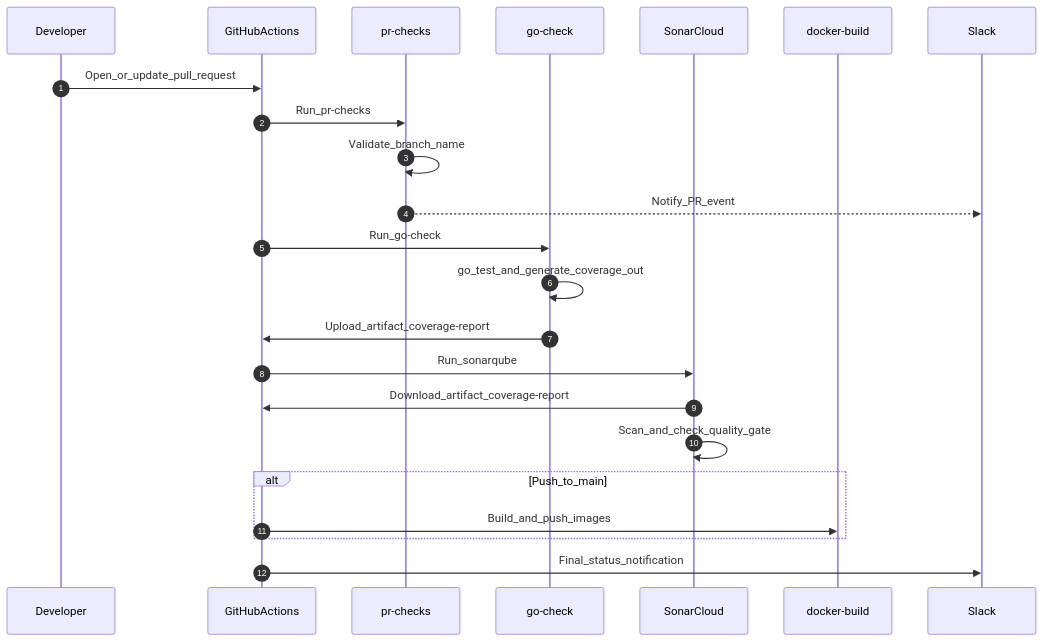
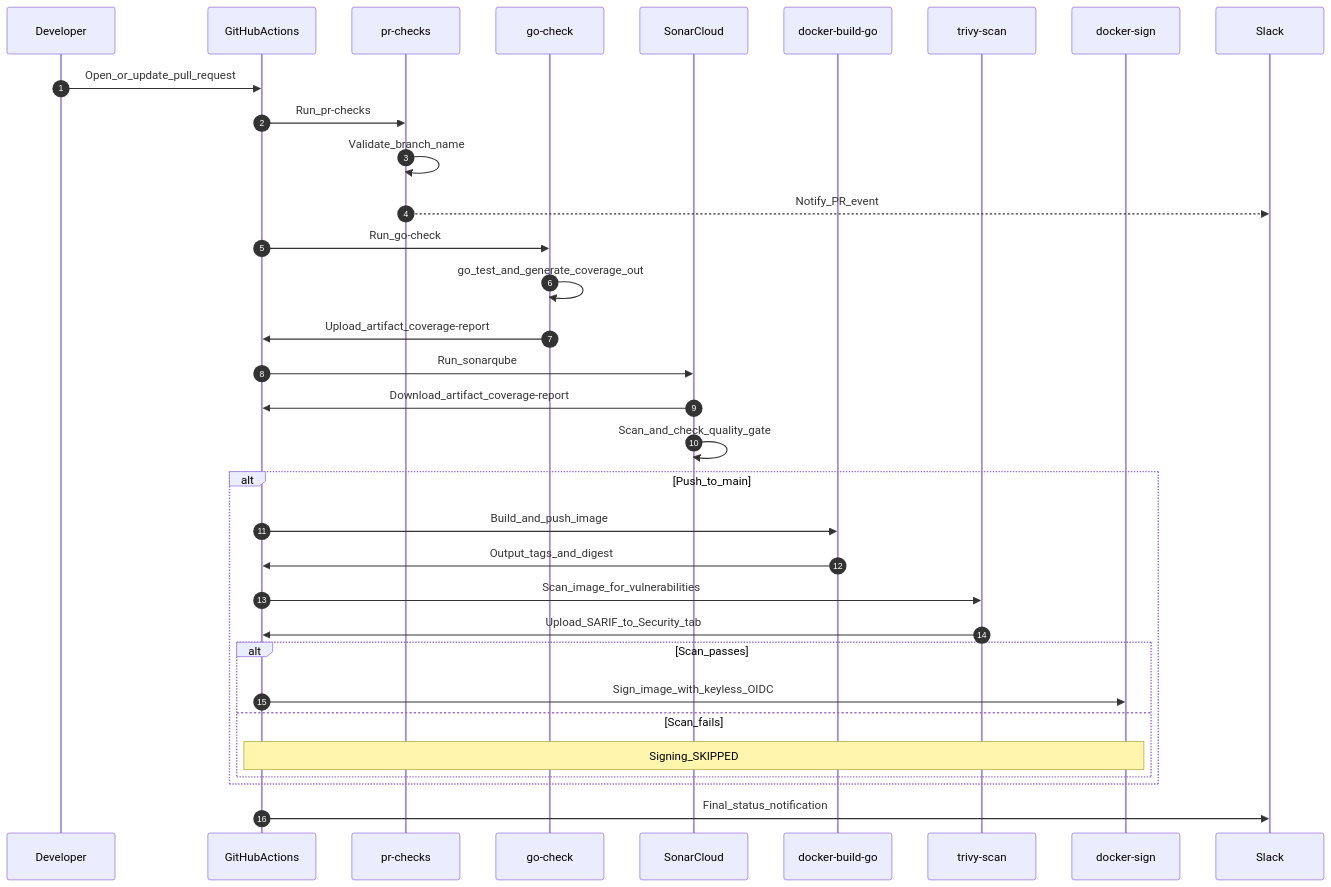
The fourth of 8 diagrams in docs/platform/cicd.md (duynhlab/homelab), drawn with Mermaid before and after one commit. The commit also changed other lines of this file and 3 other files, not shown here.

````diff
--- a/docs/platform/cicd.md
+++ b/docs/platform/cicd.md
@@ -50,30 +91,40 @@
 ```mermaid
 sequenceDiagram
     autonumber
     participant Dev as Developer
     participant GA as GitHubActions
     participant PR as pr-checks
     participant Test as go-check
     participant Sonar as SonarCloud
-    participant Docker as docker-build
+    participant Build as docker-build-go
+    participant Trivy as trivy-scan
+    participant Cosign as docker-sign
     participant Slack as Slack
 
     Dev->>GA: Open_or_update_pull_request
     GA->>PR: Run_pr-checks
     PR->>PR: Validate_branch_name
     PR-->>Slack: Notify_PR_event
 
     GA->>Test: Run_go-check
     Test->>Test: go_test_and_generate_coverage_out
     Test->>GA: Upload_artifact_coverage-report
 
     GA->>Sonar: Run_sonarqube
     Sonar->>GA: Download_artifact_coverage-report
     Sonar->>Sonar: Scan_and_check_quality_gate
 
     alt Push_to_main
-      GA->>Docker: Build_and_push_images
+      GA->>Build: Build_and_push_image
+      Build->>GA: Output_tags_and_digest
+      GA->>Trivy: Scan_image_for_vulnerabilities
+      Trivy->>GA: Upload_SARIF_to_Security_tab
+      alt Scan_passes
+        GA->>Cosign: Sign_image_with_keyless_OIDC
+      else Scan_fails
+        Note over GA,Cosign: Signing_SKIPPED
+      end
     end
 
     GA->>Slack: Final_status_notification
 ```
````
